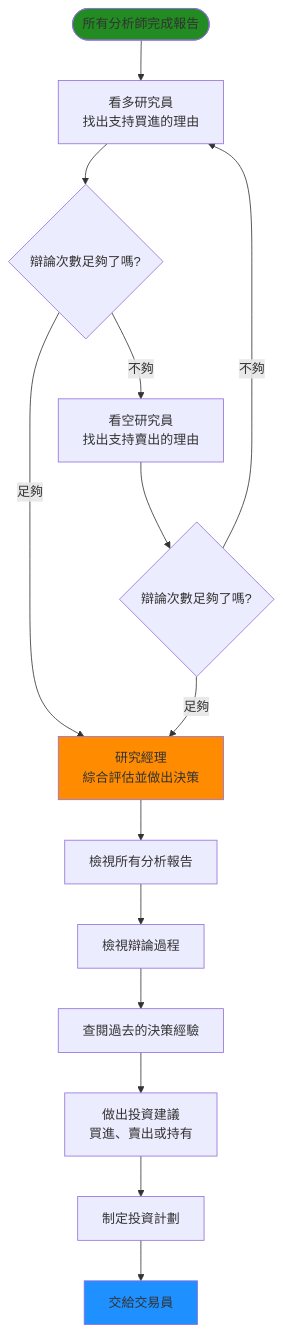
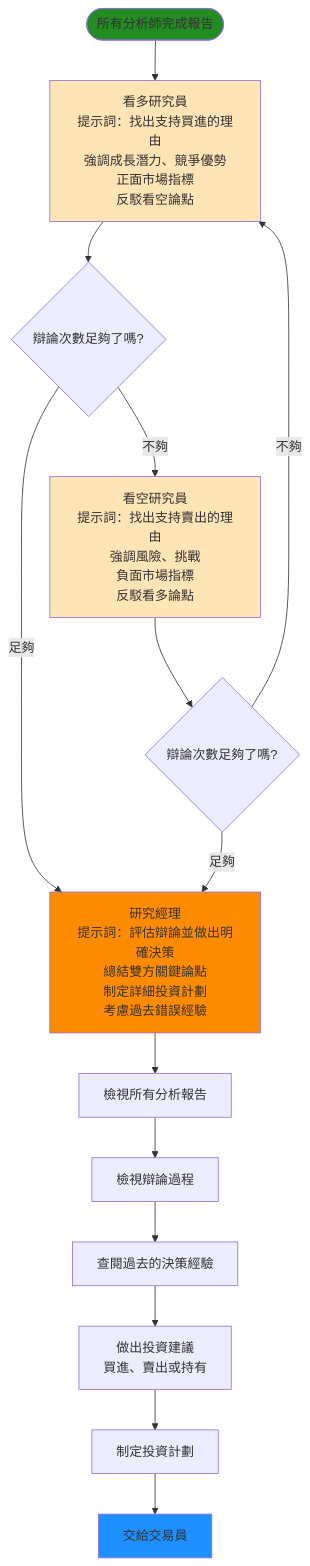
Before and after one commit to chitienshih-wq/Git_Test: the sixth of 9 diagrams in 流程圖_簡化.md, drawn with Mermaid. The commit also changed other lines of this file, not shown here.

````diff
--- a/流程圖_簡化.md
+++ b/流程圖_簡化.md
@@ -154,25 +162,27 @@
 ```mermaid
 flowchart TD
-    Start([所有分析師完成報告]) --> BullResearcher[看多研究員<br/>找出支持買進的理由]
+    Start([所有分析師完成報告]) --> BullResearcher[看多研究員<br/>提示詞：找出支持買進的理由<br/>強調成長潛力、競爭優勢<br/>正面市場指標<br/>反駁看空論點]
     
     BullResearcher --> CheckRounds{辯論次數足夠了嗎?}
     
-    CheckRounds -->|不夠| BearResearcher[看空研究員<br/>找出支持賣出的理由]
-    CheckRounds -->|足夠| ResearchManager[研究經理<br/>綜合評估並做出決策]
+    CheckRounds -->|不夠| BearResearcher[看空研究員<br/>提示詞：找出支持賣出的理由<br/>強調風險、挑戰<br/>負面市場指標<br/>反駁看多論點]
+    CheckRounds -->|足夠| ResearchManager[研究經理<br/>提示詞：評估辯論並做出明確決策<br/>總結雙方關鍵論點<br/>制定詳細投資計劃<br/>考慮過去錯誤經驗]
     
     BearResearcher --> CheckRounds2{辯論次數足夠了嗎?}
     
     CheckRounds2 -->|不夠| BullResearcher
     CheckRounds2 -->|足夠| ResearchManager
     
     ResearchManager --> ReviewReports[檢視所有分析報告]
     ReviewReports --> ReviewDebate[檢視辯論過程]
     ReviewDebate --> CheckMemory[查閱過去的決策經驗]
     CheckMemory --> MakeDecision[做出投資建議<br/>買進、賣出或持有]
     MakeDecision --> CreatePlan[制定投資計劃]
     CreatePlan --> Trader[交給交易員]
     
     style Start fill:#228B22
     style ResearchManager fill:#FF8C00
     style Trader fill:#1E90FF
+    style BullResearcher fill:#FFE4B5
+    style BearResearcher fill:#FFE4B5
 ```
````
